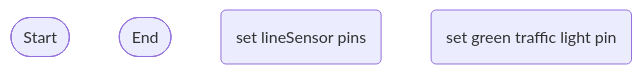
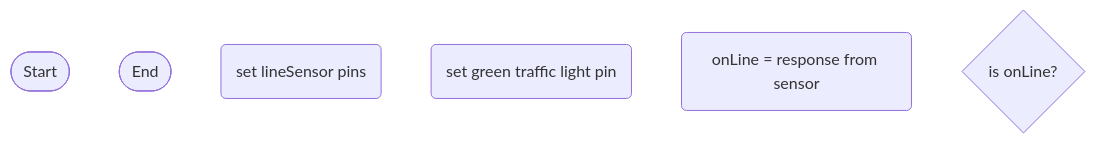
One commit to Deltace05/SmartDog changed the second of 2 diagrams in logic.md. Above: the diagram before and after it, drawn with Mermaid.

````diff
--- a/logic.md
+++ b/logic.md
@@ -52,10 +52,12 @@
 ```mermaid
 flowchart TD
 terminalStart([Start])
 terminalEnd([End])
 declareLineSensor(set lineSensor pins)
 setGreenLight(set green traffic light pin)
+lineSensorData(onLine = response from sensor)
+ifOnLine{is onLine?}
 
 
 
 ```
````
